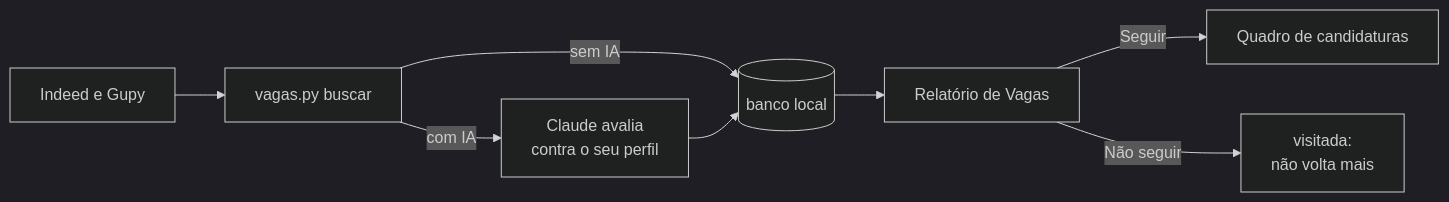
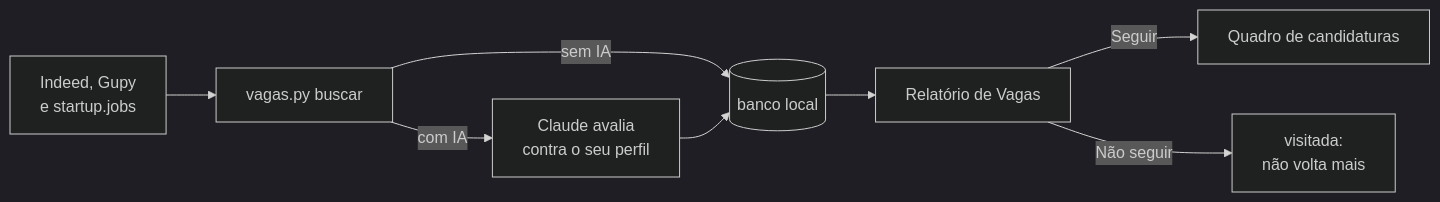
One commit to SouMarcel/meu-proximo-trampo changed the diagram in README.md. Above: the diagram before and after it, drawn with Mermaid (dark theme). The commit also changed other lines of this file and 8 other files, not shown here.

First line of the commit message:
Nova fonte de vagas: startup.jobs, pelo MCP público do site

````diff
--- a/README.md
+++ b/README.md
@@ -59,10 +60,10 @@
 ```mermaid
 flowchart LR
-  A[Indeed e Gupy] --> B[vagas.py buscar]
+  A[Indeed, Gupy<br/>e startup.jobs] --> B[vagas.py buscar]
   B -->|sem IA| D[(banco local)]
   B -->|com IA| C[Claude avalia<br/>contra o seu perfil]
   C --> D
   D --> E[Relatório de Vagas]
   E -->|Seguir| F[Quadro de candidaturas]
   E -->|Não seguir| G[visitada:<br/>não volta mais]
 ```
````
